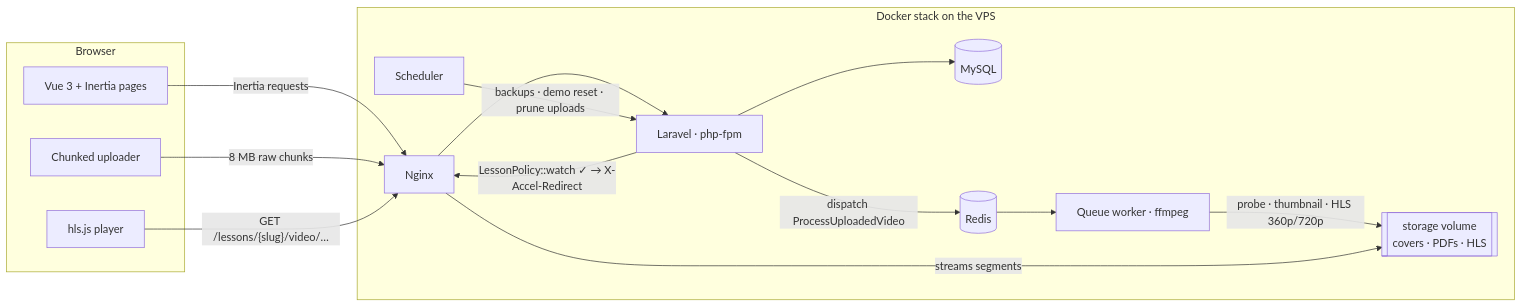
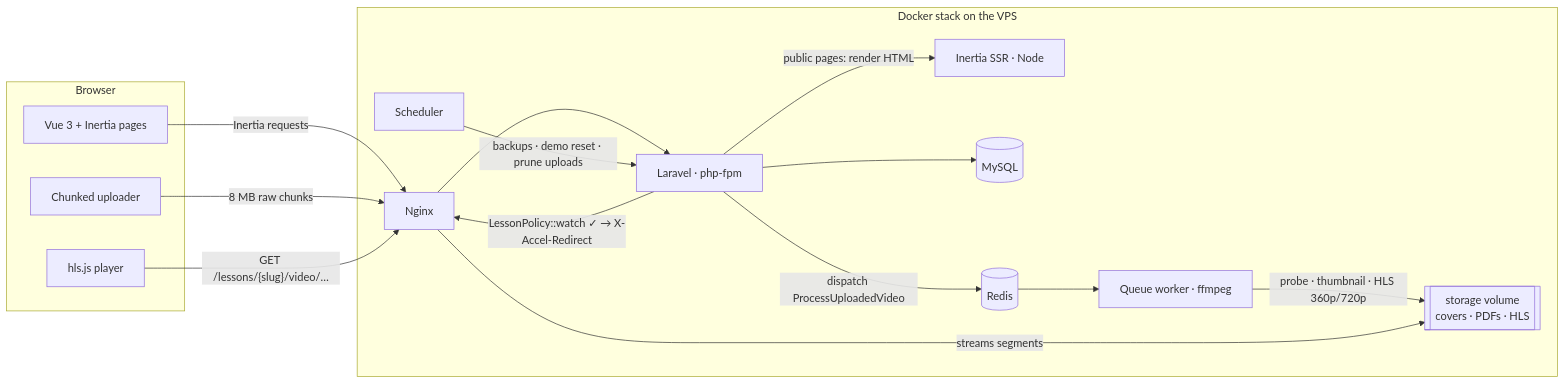
One commit to oeRusso/blackpool changed the diagram in README.md. Above: the diagram before and after it, drawn with Mermaid. The commit also changed other lines of this file and 116 other files, not shown here.

First line of the commit message:
feat(i18n,seo): Spanish interface, Inertia SSR, sitemap and structured data

````diff
--- a/README.md
+++ b/README.md
@@ -73,28 +82,30 @@
 ```mermaid
 flowchart LR
     subgraph Browser
         UI[Vue 3 + Inertia pages]
         Player[hls.js player]
         Uploader[Chunked uploader]
     end
 
     subgraph Server["Docker stack on the VPS"]
         Nginx[Nginx]
         App[Laravel · php-fpm]
+        SSR[Inertia SSR · Node]
         Worker[Queue worker · ffmpeg]
         Scheduler[Scheduler]
         DB[(MySQL)]
         Redis[(Redis)]
         Media[[storage volume<br/>covers · PDFs · HLS]]
     end
 
     UI -- Inertia requests --> Nginx --> App
+    App -- "public pages: render HTML" --> SSR
     Uploader -- "8 MB raw chunks" --> Nginx
     App -- dispatch ProcessUploadedVideo --> Redis --> Worker
     Worker -- "probe · thumbnail · HLS 360p/720p" --> Media
     Player -- "GET /lessons/{slug}/video/…" --> Nginx
     App -- "LessonPolicy::watch ✓ → X-Accel-Redirect" --> Nginx
     Nginx -- streams segments --> Media
     App --> DB
     Scheduler -- "backups · demo reset · prune uploads" --> App
 ```
````
